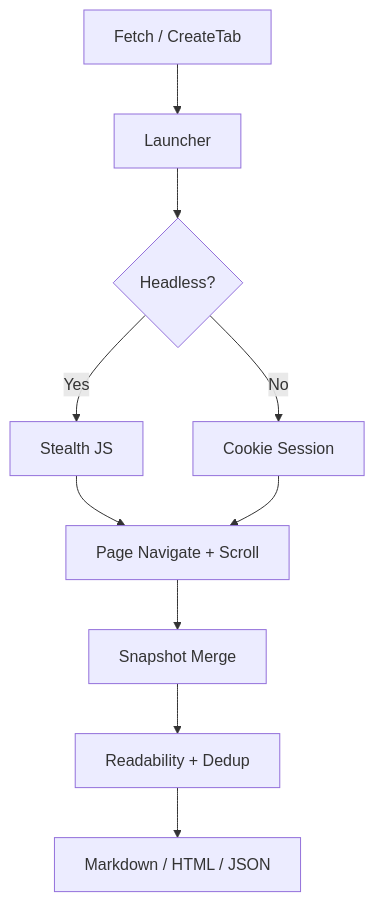
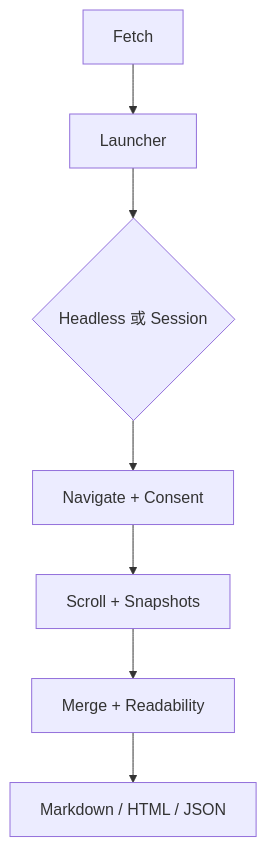
Before and after one commit to pardnchiu/go-browser: the diagram in doc/README.zh.md, drawn with Mermaid. The commit also changed other lines of this file and 5 other files, not shown here.

````diff
--- a/doc/README.zh.md
+++ b/doc/README.zh.md
@@ -41,12 +42,9 @@
 ```mermaid
 graph TB
-    A[Fetch / CreateTab] --> B[Launcher]
-    B --> C{Headless?}
-    C -->|Yes| D[Stealth JS]
-    C -->|No| E[Cookie Session]
-    D --> F[Page Navigate + Scroll]
-    E --> F
-    F --> G[Snapshot Merge]
-    G --> H[Readability + Dedup]
-    H --> I[Markdown / HTML / JSON]
+    A[Fetch] --> B[Launcher]
+    B --> C{Headless 或 Session}
+    C --> D[Navigate + Consent]
+    D --> E[Scroll + Snapshots]
+    E --> F[Merge + Readability]
+    F --> G[Markdown / HTML / JSON]
 ```
````
